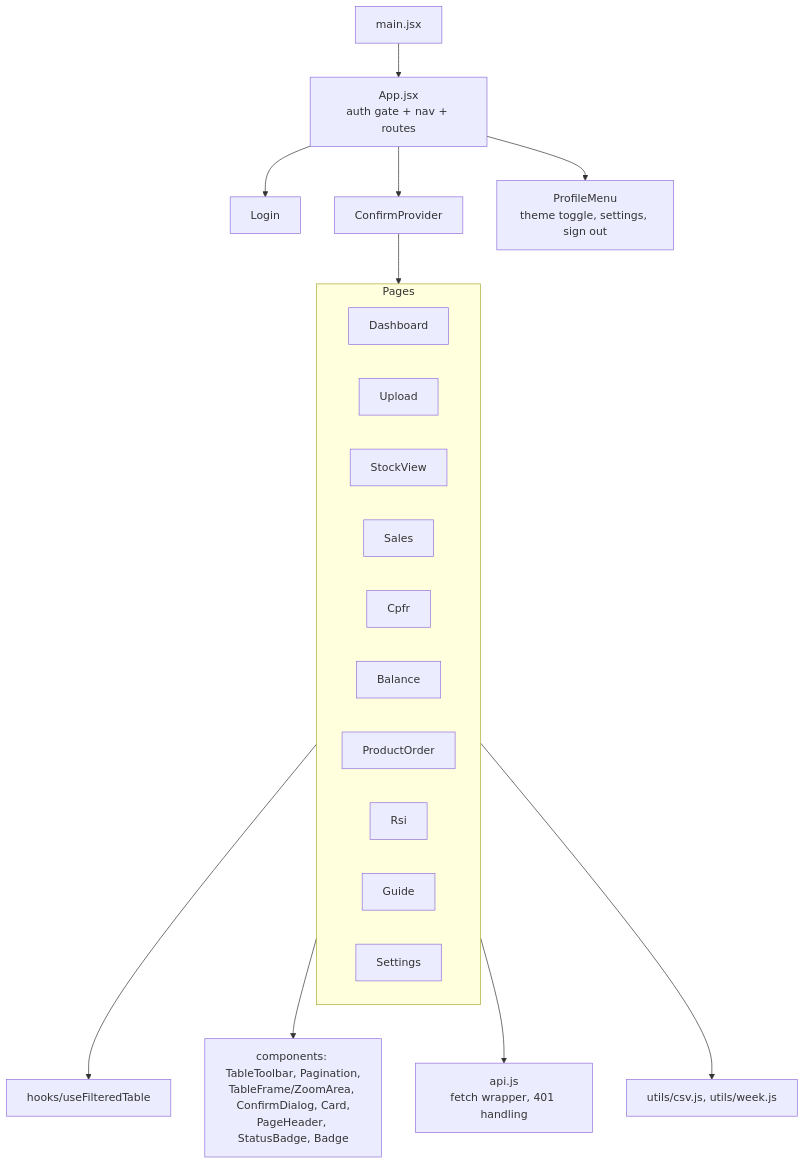
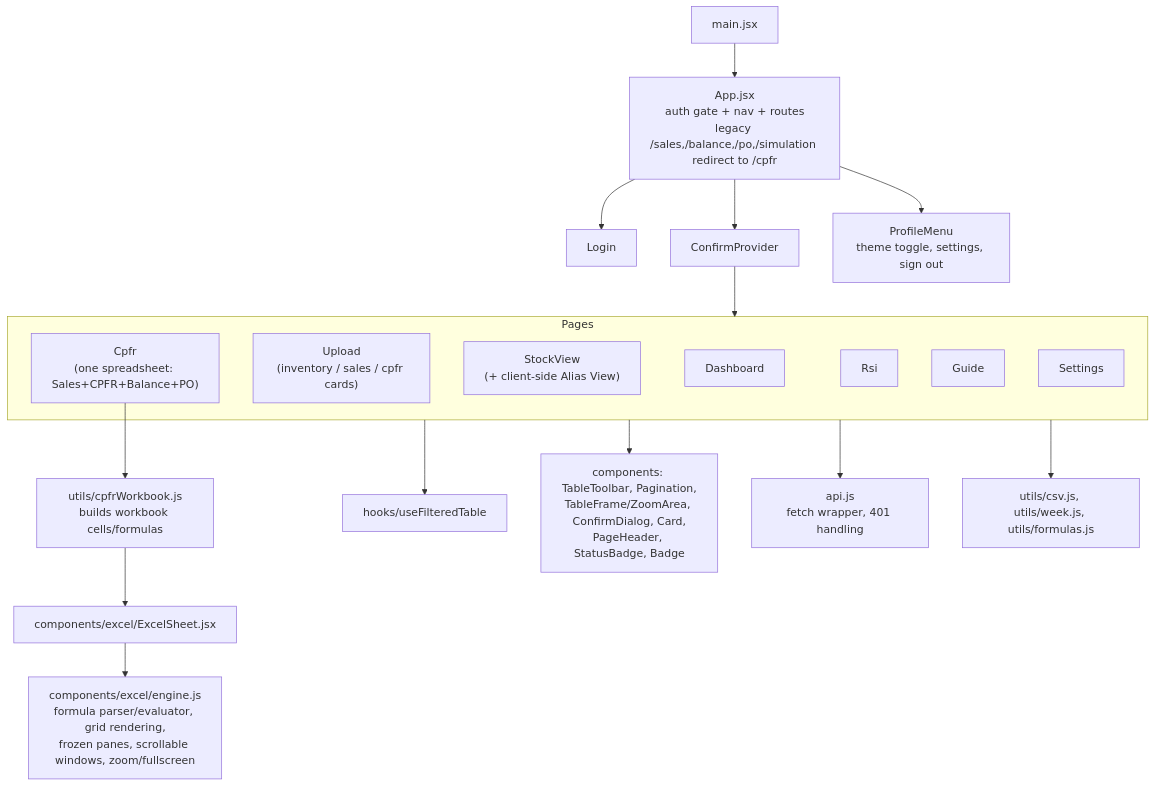
One commit to phonevilleofficial2025/stock-predictor changed the fourth of 9 diagrams in docs/ARCHITECTURE.md. Above: the diagram before and after it, drawn with Mermaid. The commit also changed other lines of this file and 4 other files, not shown here.

First line of the commit message:
Update docs to match the alias-based CPFR spreadsheet revision

````diff
--- a/docs/ARCHITECTURE.md
+++ b/docs/ARCHITECTURE.md
@@ -119,24 +130,24 @@
 ```mermaid
 flowchart TB
-  main["main.jsx"] --> App["App.jsx<br/>auth gate + nav + routes"]
+  main["main.jsx"] --> App["App.jsx<br/>auth gate + nav + routes<br/>legacy /sales,/balance,/po,/simulation redirect to /cpfr"]
   App --> Login
   App --> ConfirmProvider
   App --> ProfileMenu["ProfileMenu<br/>theme toggle, settings, sign out"]
   ConfirmProvider --> Pages
   subgraph Pages
     Dashboard
-    Upload
-    StockView
-    Sales
-    Cpfr
-    Balance
-    ProductOrder
+    Upload["Upload<br/>(inventory / sales / cpfr cards)"]
+    StockView["StockView<br/>(+ client-side Alias View)"]
+    Cpfr["Cpfr<br/>(one spreadsheet: Sales+CPFR+Balance+PO)"]
     Rsi
     Guide
     Settings
   end
+  Cpfr --> cpfrWorkbook["utils/cpfrWorkbook.js<br/>builds workbook cells/formulas"]
+  cpfrWorkbook --> ExcelSheet["components/excel/ExcelSheet.jsx"]
+  ExcelSheet --> engine["components/excel/engine.js<br/>formula parser/evaluator, grid rendering,<br/>frozen panes, scrollable windows, zoom/fullscreen"]
   Pages --> hooks["hooks/useFilteredTable"]
   Pages --> comps["components: TableToolbar, Pagination,<br/>TableFrame/ZoomArea, ConfirmDialog, Card,<br/>PageHeader, StatusBadge, Badge"]
   Pages --> api["api.js<br/>fetch wrapper, 401 handling"]
-  Pages --> utils["utils/csv.js, utils/week.js"]
+  Pages --> utils["utils/csv.js, utils/week.js, utils/formulas.js"]
 ```
````
